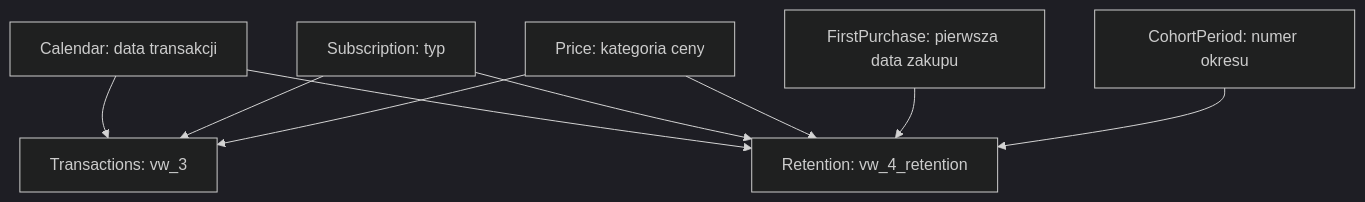
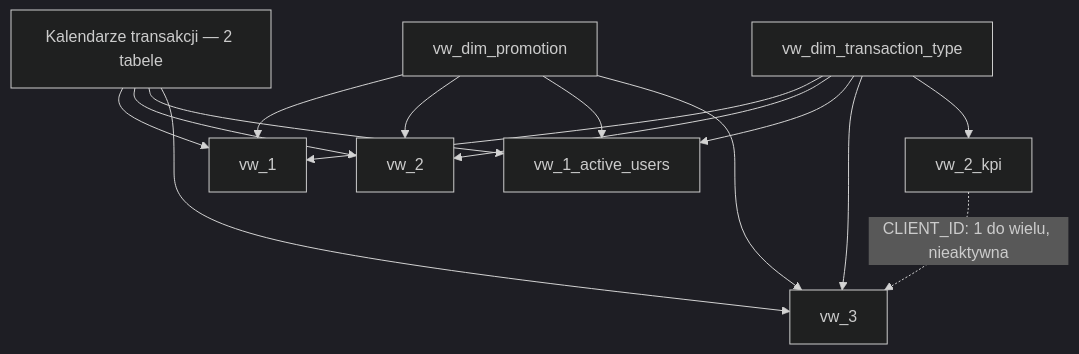
Before and after one commit to PBugowski/PBugowski.github.io: the diagram in 2/README.md, drawn with Mermaid (dark theme). The commit also changed other lines of this file, not shown here.

````diff
--- a/2/README.md
+++ b/2/README.md
@@ -214,11 +186,26 @@
 ```mermaid
 flowchart TB
-    Calendar["Calendar: data transakcji"] --> Transactions["Transactions: vw_3"]
-    Subscription["Subscription: typ"] --> Transactions
-    Price["Price: kategoria ceny"] --> Transactions
-    Calendar --> Retention["Retention: vw_4_retention"]
-    Subscription --> Retention
-    Price --> Retention
-    FirstPurchase["FirstPurchase: pierwsza data zakupu"] --> Retention
-    CohortPeriod["CohortPeriod: numer okresu"] --> Retention
+    D["Kalendarze transakcji — 2 tabele"]
+    P["vw_dim_promotion"]
+    T["vw_dim_transaction_type"]
+    V1["vw_1"]
+    V2["vw_2"]
+    A["vw_1_active_users"]
+    V3["vw_3"]
+    K["vw_2_kpi"]
+
+    D --> V1
+    D --> V2
+    D --> A
+    D --> V3
+    P --> V1
+    P --> V2
+    P --> A
+    P --> V3
+    T --> V1
+    T --> V2
+    T --> A
+    T --> V3
+    T --> K
+    K -. "CLIENT_ID: 1 do wielu, nieaktywna" .-> V3
 ```
````
